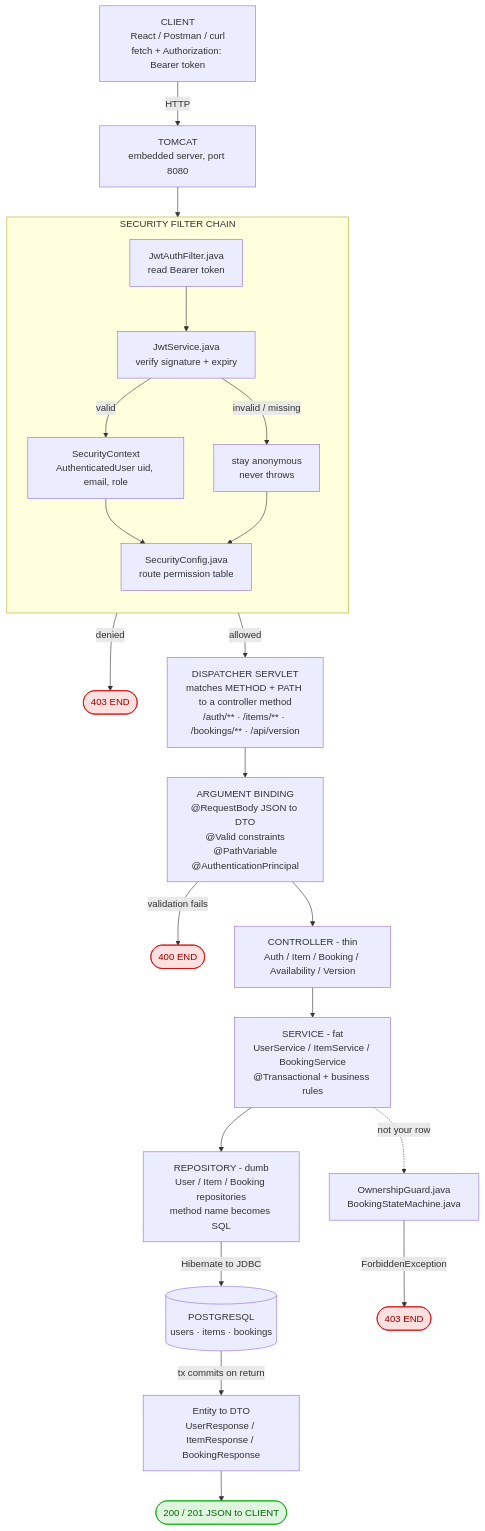
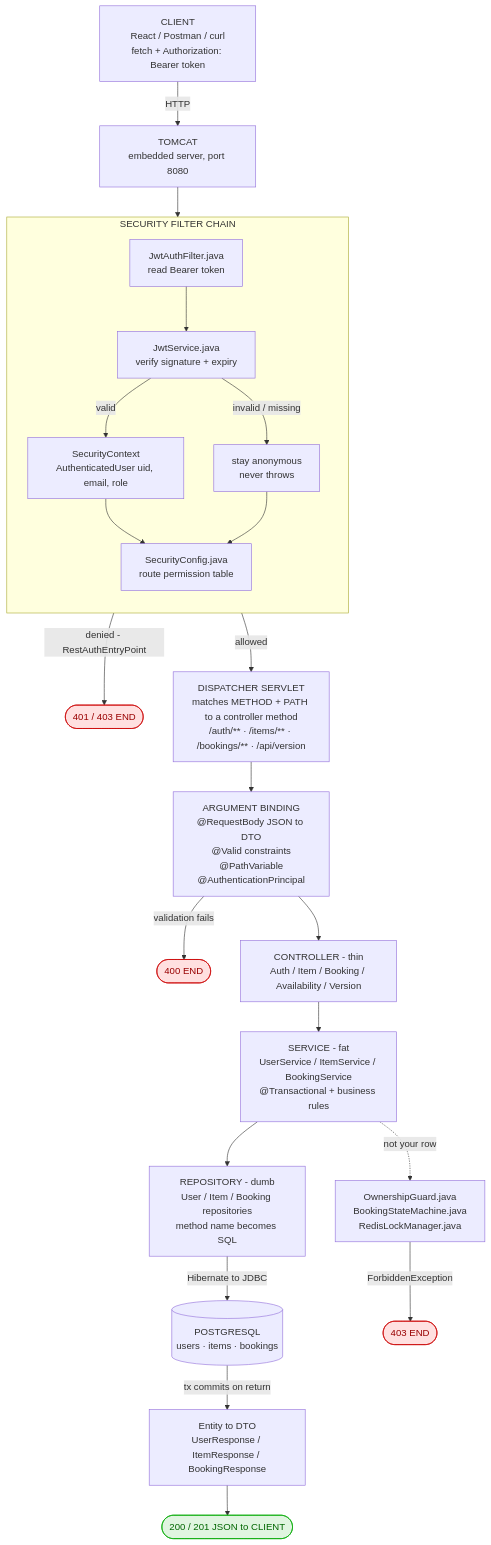
Before and after one commit to RajatRajSharma/rentFlowBackend: the first of 14 diagrams in docs/API_FLOW.md, drawn with Mermaid. The commit also changed other lines of this file and 21 other files, not shown here.

````diff
--- a/docs/API_FLOW.md
+++ b/docs/API_FLOW.md
@@ -13,48 +13,48 @@
 ```mermaid
 flowchart TD
     C["CLIENT<br/>React / Postman / curl<br/>fetch + Authorization: Bearer token"]
     T["TOMCAT<br/>embedded server, port 8080"]
 
     C -->|HTTP| T --> F1
 
     subgraph SEC["SECURITY FILTER CHAIN"]
         direction TB
         F1["JwtAuthFilter.java<br/>read Bearer token"]
         F2["JwtService.java<br/>verify signature + expiry"]
         F3["SecurityContext<br/>AuthenticatedUser uid, email, role"]
         F4["SecurityConfig.java<br/>route permission table"]
         F1 --> F2
         F2 -->|valid| F3
         F2 -->|"invalid / missing"| F3x["stay anonymous<br/>never throws"]
         F3 --> F4
         F3x --> F4
     end
 
-    F4 -->|"denied"| E403(["403 END"])
+    F4 -->|"denied - RestAuthEntryPoint"| E403(["401 / 403 END"])
     F4 -->|"allowed"| D
 
     D["DISPATCHER SERVLET<br/>matches METHOD + PATH to a controller method<br/>/auth/** · /items/** · /bookings/** · /api/version"]
     B["ARGUMENT BINDING<br/>@RequestBody JSON to DTO<br/>@Valid constraints<br/>@PathVariable<br/>@AuthenticationPrincipal"]
     D --> B
     B -->|"validation fails"| E400(["400 END"])
     B --> CTRL
 
     CTRL["CONTROLLER - thin<br/>Auth / Item / Booking / Availability / Version"]
     SVC["SERVICE - fat<br/>UserService / ItemService / BookingService<br/>@Transactional + business rules"]
-    OG["OwnershipGuard.java<br/>BookingStateMachine.java"]
+    OG["OwnershipGuard.java<br/>BookingStateMachine.java<br/>RedisLockManager.java"]
     REPO["REPOSITORY - dumb<br/>User / Item / Booking repositories<br/>method name becomes SQL"]
     DB[("POSTGRESQL<br/>users · items · bookings")]
     DTO["Entity to DTO<br/>UserResponse / ItemResponse / BookingResponse"]
     R(["200 / 201 JSON to CLIENT"])
 
     CTRL --> SVC
     SVC -.->|"not your row"| OG
     OG -->|ForbiddenException| E403b(["403 END"])
     SVC --> REPO -->|Hibernate to JDBC| DB
     DB -->|"tx commits on return"| DTO --> R
 
     classDef err fill:#ffe0e0,stroke:#c00,color:#900
     classDef ok fill:#e0f5e0,stroke:#0a0,color:#060
     class E403,E400,E403b err
     class R ok
 ```
````
